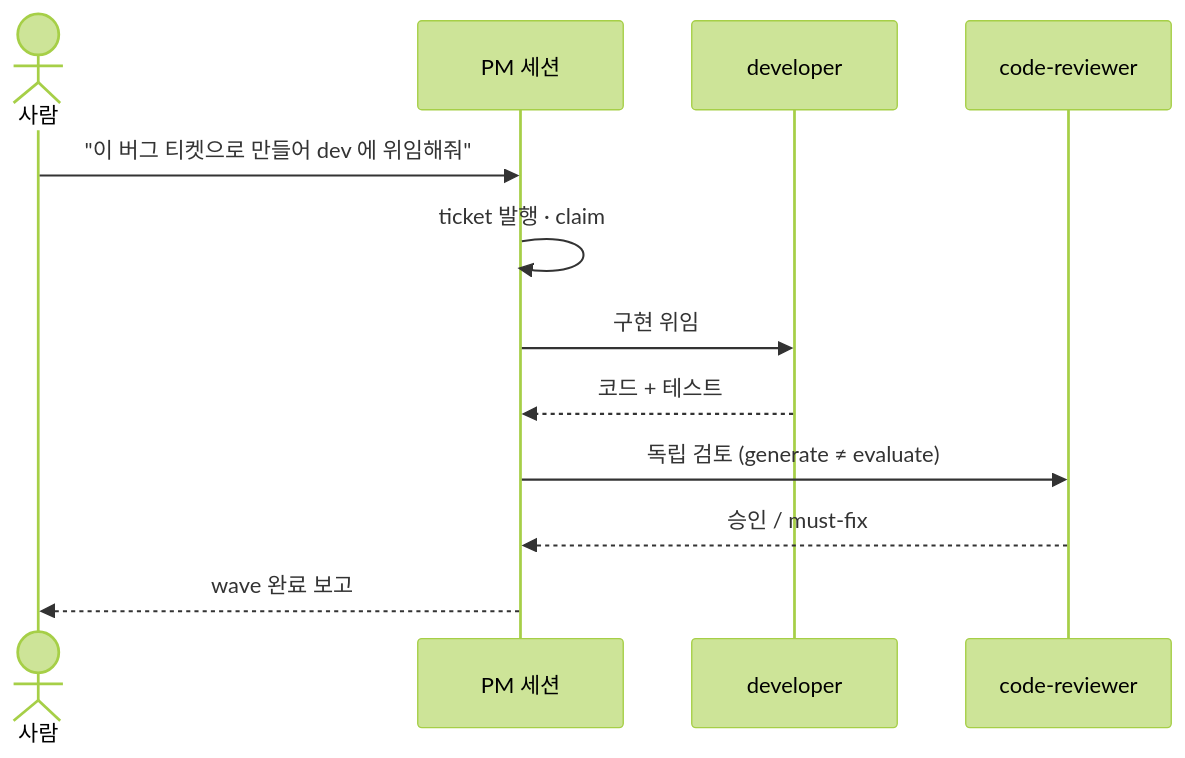
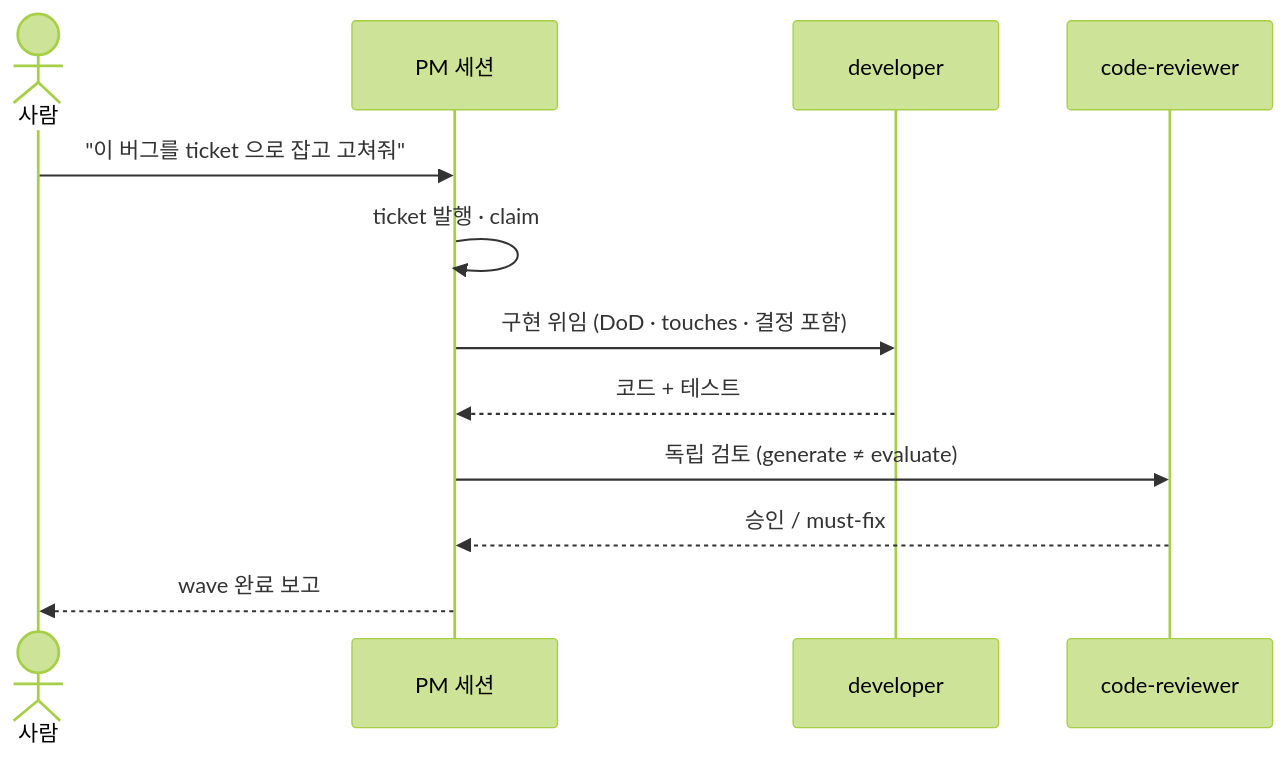
Before and after one commit to sumin-ahn/project_manager: the ninth of 15 diagrams in README.md, drawn with Mermaid (forest theme). The commit also changed other lines of this file, not shown here.

````diff
--- a/README.md
+++ b/README.md
@@ -98,14 +349,14 @@
 ```mermaid
 sequenceDiagram
     actor U as 사람
     participant PM as PM 세션
     participant Dev as developer
     participant Rev as code-reviewer
-    U->>PM: "이 버그 티켓으로 만들어 dev 에 위임해줘"
+    U->>PM: "이 버그를 ticket 으로 잡고 고쳐줘"
     PM->>PM: ticket 발행 · claim
-    PM->>Dev: 구현 위임
+    PM->>Dev: 구현 위임 (DoD · touches · 결정 포함)
     Dev-->>PM: 코드 + 테스트
     PM->>Rev: 독립 검토 (generate ≠ evaluate)
     Rev-->>PM: 승인 / must-fix
     PM-->>U: wave 완료 보고
 ```
````
